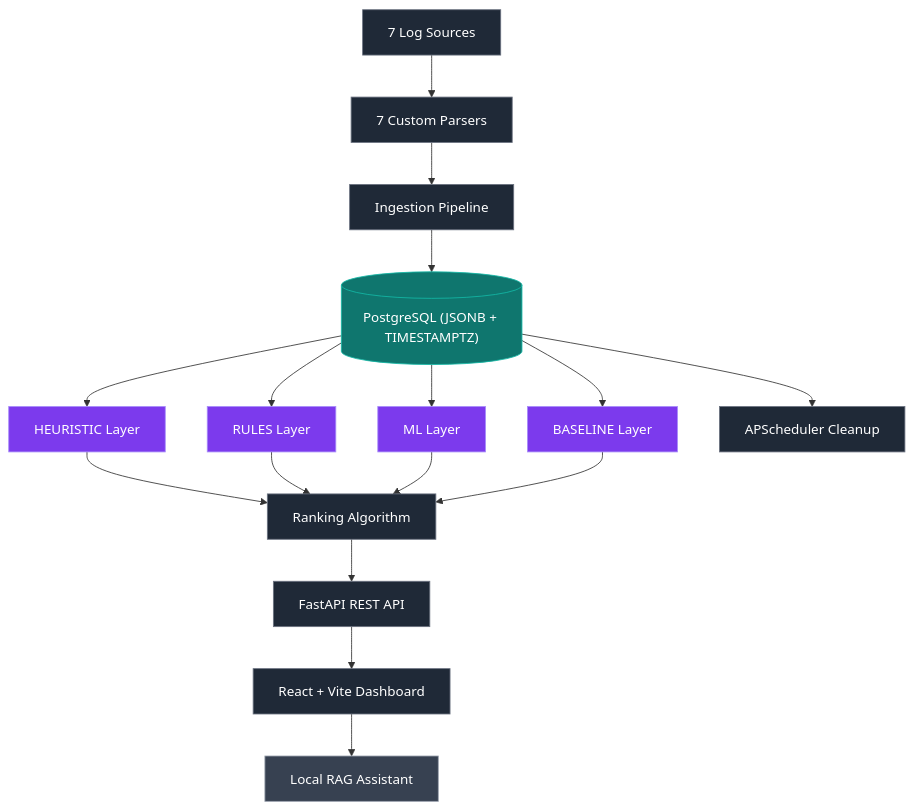
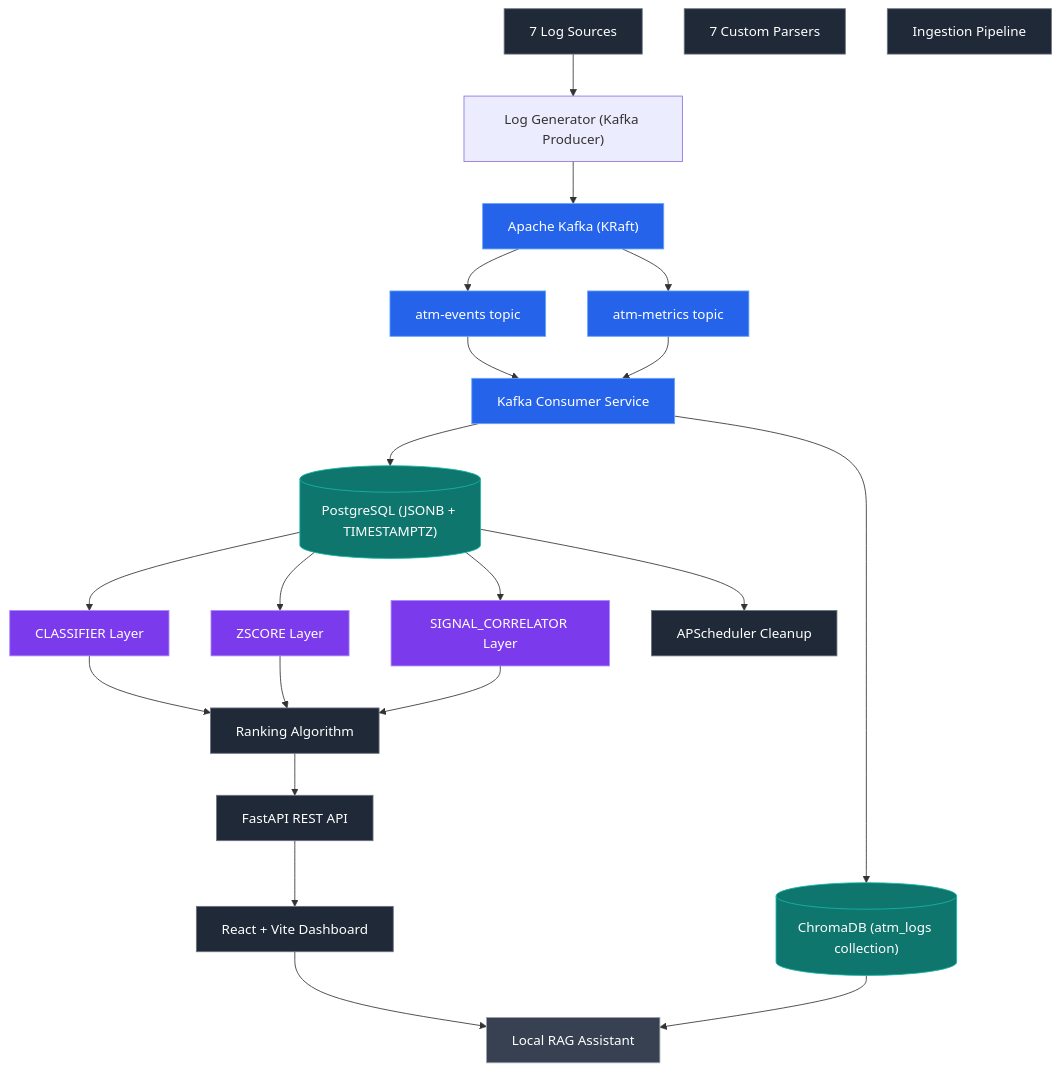
The first of 2 diagrams in README.md (AhmedIkram05/laad), drawn with Mermaid before and after one commit. The commit also changed other lines of this file, not shown here.

Commit message:
feat: Integrate Kafka message bus for log generation and anomaly detection

````diff
--- a/README.md
+++ b/README.md
@@ -50,38 +50,51 @@
 ```mermaid
 flowchart TD
   S["7 Log Sources"]
+  G["Log Generator (Kafka Producer)"]
+  K["Apache Kafka (KRaft)"]
+  KS["atm-events topic"]
+  KM["atm-metrics topic"]
+  C["Kafka Consumer Service"]
   P["7 Custom Parsers"]
   I["Ingestion Pipeline"]
     DB[("PostgreSQL (JSONB + TIMESTAMPTZ)")]
-  HEUR["HEURISTIC Layer"]
-  RULES["RULES Layer"]
-  ML["ML Layer"]
-  BASELINE["BASELINE Layer"]
+  CDB[("ChromaDB (atm_logs collection)")]
+  CLS["CLASSIFIER Layer"]
+  ZSC["ZSCORE Layer"]
+  SCC["SIGNAL_CORRELATOR Layer"]
   RK["Ranking Algorithm"]
   CL["APScheduler Cleanup"]
   API["FastAPI REST API"]
   UI["React + Vite Dashboard"]
   RAG["Local RAG Assistant"]
 
-  S --> P --> I --> DB
-  DB --> HEUR
-  DB --> RULES
-  DB --> ML
-  DB --> BASELINE
-  HEUR --> RK
-  RULES --> RK
-  ML --> RK
-  BASELINE --> RK
+  S --> G
+  G --> K
+  K --> KS
+  K --> KM
+  KS --> C
+  KM --> C
+  C --> DB
+  C --> CDB
+  DB --> CLS
+  DB --> ZSC
+  DB --> SCC
+  CLS --> RK
+  ZSC --> RK
+  SCC --> RK
   RK --> API --> UI --> RAG
+  CDB --> RAG
   DB --> CL
 
   classDef core fill:#1f2937,stroke:#6b7280,color:#ffffff;
   classDef db fill:#0f766e,stroke:#14b8a6,color:#ffffff;
+  classDef kafka fill:#2563eb,stroke:#60a5fa,color:#ffffff;
   classDef det fill:#7c3aed,stroke:#a78bfa,color:#ffffff;
   classDef ext fill:#374151,stroke:#9ca3af,color:#ffffff;
 
   class S,P,I,RK,CL,API,UI core;
-  class DB db;
-  class HEUR,RULES,ML,BASELINE det;
+  class K,KS,KM,C kafka;
+  class DB,CDB db;
+  class CLS,ZSC,SCC det;
   class RAG ext;
 ```
````
